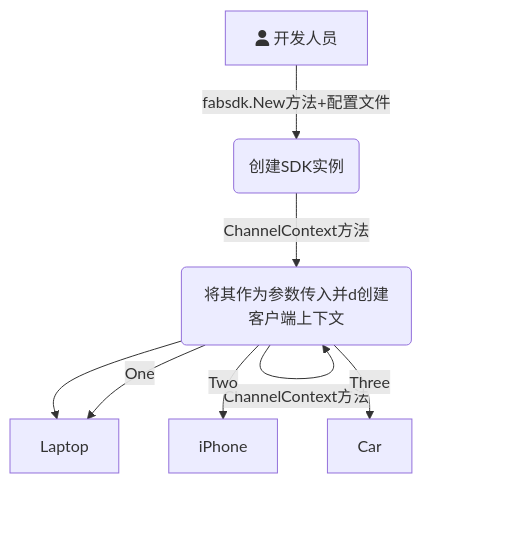
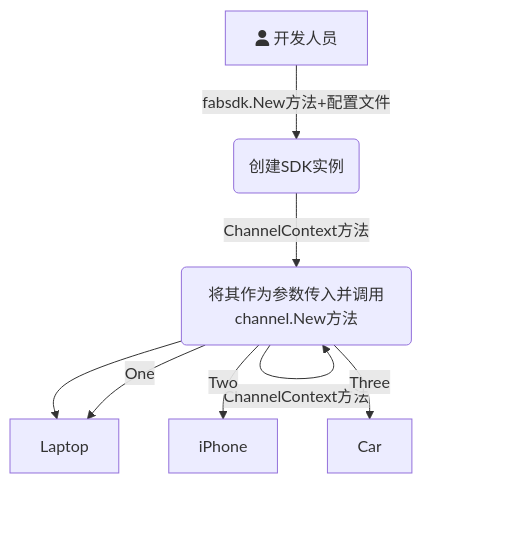
Before and after one commit to Utekichan/iodraw-files: the diagram in all/未命名.md, drawn with Mermaid.

Commit message:
2024-03-30 22:14:29 update

````diff
--- a/all/未命名.md
+++ b/all/未命名.md
@@ -1,11 +1,11 @@
 ```mermaid
 graph TD
     A[fa:fa-user 开发人员] -->|fabsdk.New方法+配置文件| B(创建SDK实例)
     B-->|ChannelContext方法| C(创建客户端上下文)
-    C-->|ChannelContext方法| C(将其作为参数传入并d创建客户端上下文)
+    C-->|ChannelContext方法| C(将其作为参数传入并调用channel.New方法)
     C --> D{Select}
     C -->|One| D[Laptop]
     C -->|Two| E[iPhone]
     C -->|Three| F[Car]
   
 ```
````
